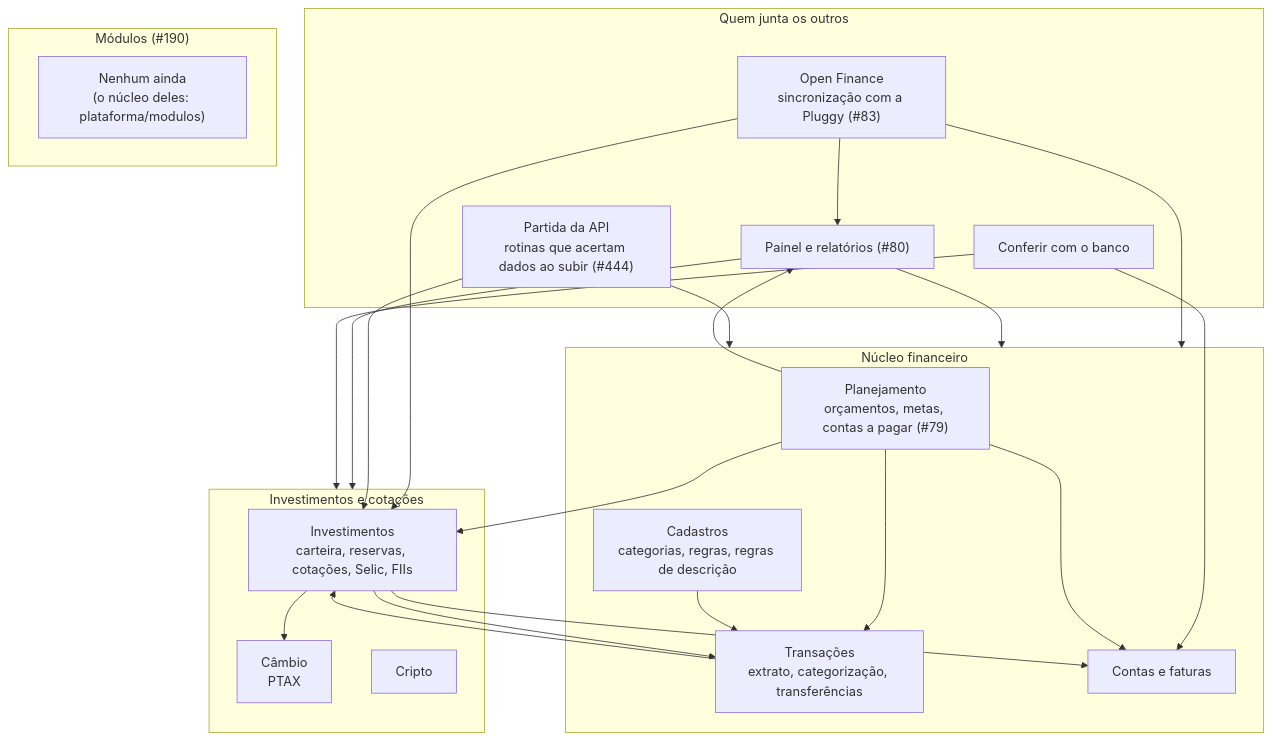
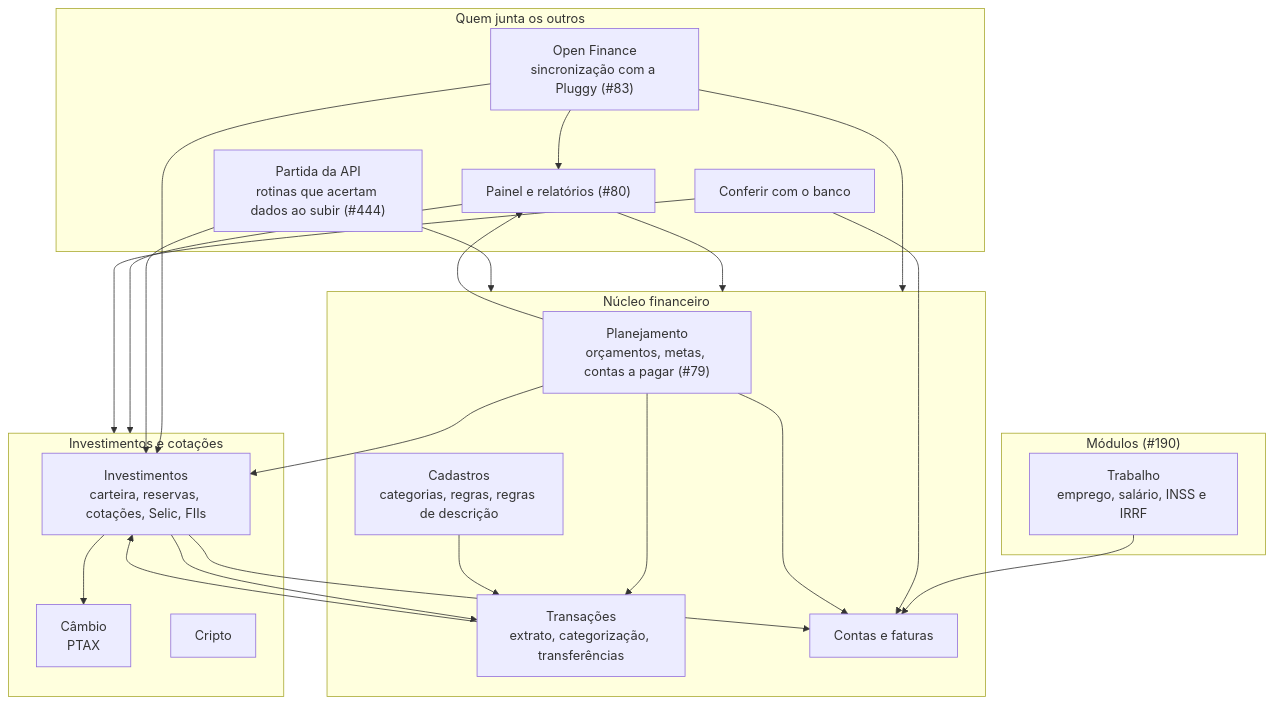
The third of 6 diagrams in docs/ARQUITETURA.md (LucasDesenvGit/financas-local), drawn with Mermaid before and after one commit. The commit also changed other lines of this file and 43 other files, not shown here.

First line of the commit message:
feat(banco)!: Trabalho, o primeiro módulo: emprego e salário com vigência (#210)

````diff
--- a/docs/ARQUITETURA.md
+++ b/docs/ARQUITETURA.md
@@ -86,46 +86,47 @@
 ```mermaid
 flowchart TB
     subgraph juntam["Quem junta os outros"]
         openfinance["Open Finance<br/>sincronização com a Pluggy (#83)"]
         painel["Painel e relatórios (#80)"]
         conferencia["Conferir com o banco"]
         partida["Partida da API<br/>rotinas que acertam dados ao subir (#444)"]
     end
 
     subgraph nucleo["Núcleo financeiro"]
         planejamento["Planejamento<br/>orçamentos, metas, contas a pagar (#79)"]
         cadastros["Cadastros<br/>categorias, regras, regras de descrição"]
         transacoes["Transações<br/>extrato, categorização, transferências"]
         contas["Contas e faturas"]
     end
 
     subgraph cotacoes["Investimentos e cotações"]
         investimentos["Investimentos<br/>carteira, reservas, cotações, Selic, FIIs"]
         cambio["Câmbio<br/>PTAX"]
         cripto["Cripto"]
     end
 
     subgraph modulos["Módulos (#190)"]
-        nenhum["Nenhum ainda<br/>(o núcleo deles: plataforma/modulos)"]
+        trabalho["Trabalho<br/>emprego, salário, INSS e IRRF"]
     end
 
     openfinance --> nucleo
+    trabalho --> contas
     openfinance --> investimentos
     openfinance --> painel
     painel --> nucleo
     painel --> cotacoes
     conferencia --> contas
     conferencia --> cotacoes
     partida --> nucleo
     partida --> investimentos
     planejamento --> transacoes
     planejamento --> contas
     planejamento --> investimentos
     planejamento --> painel
     cadastros --> transacoes
     transacoes --> investimentos
     investimentos --> transacoes
     investimentos --> contas
     investimentos --> cambio
 
 ```
````
